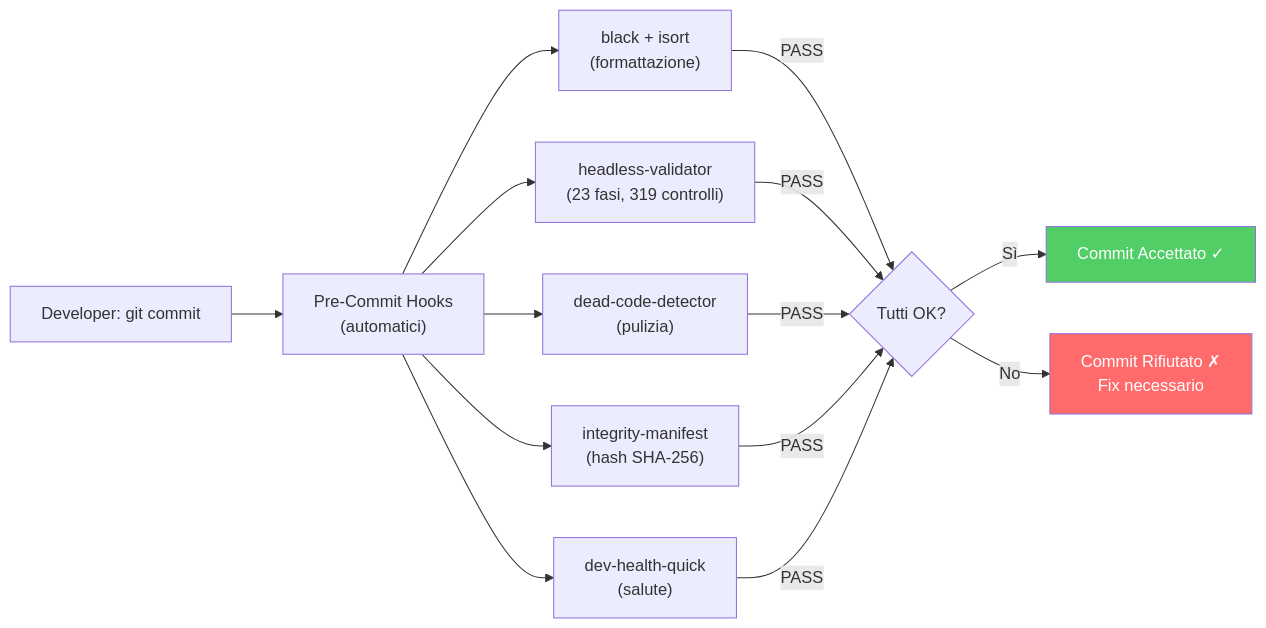
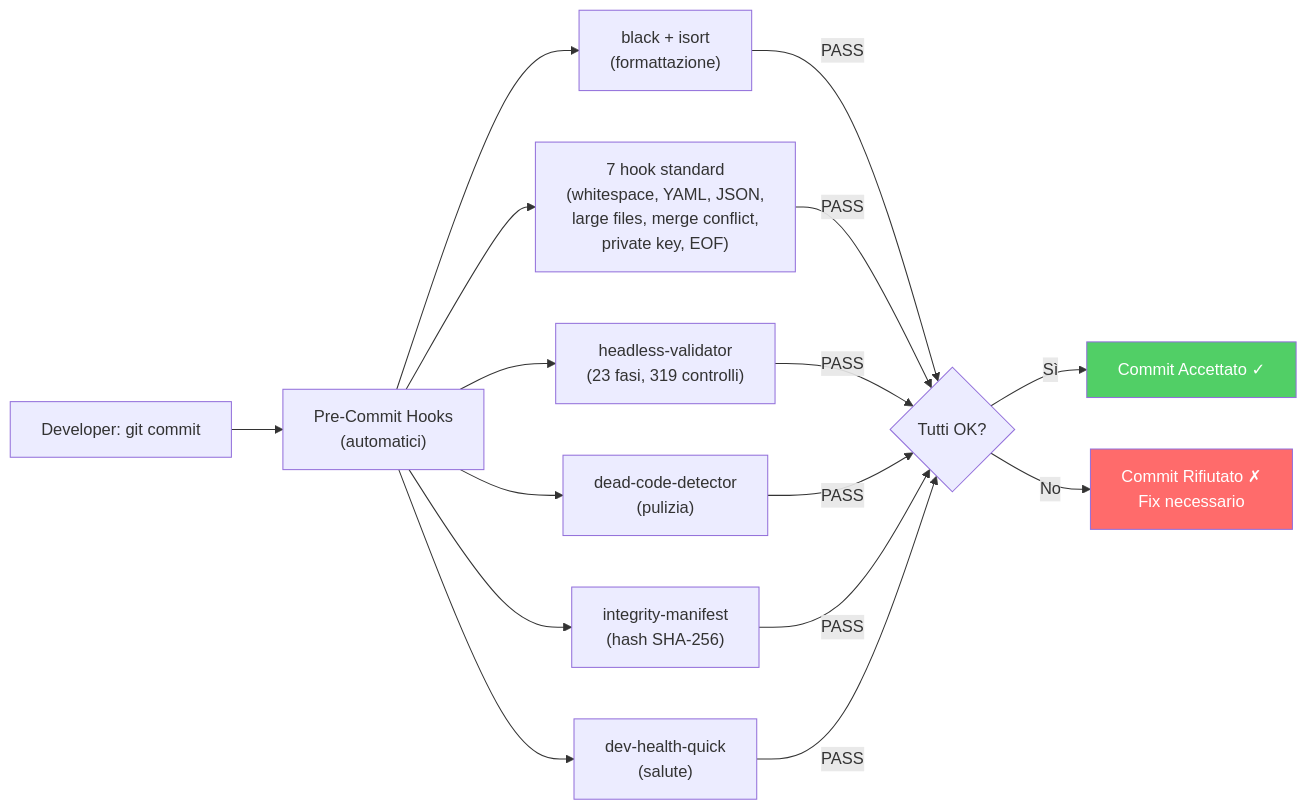
One commit to renanaugustomacena-ux/Counter-Strike-coach-AI changed diagram 46 of 55 in docs/books/Book-Coach-3.md. Above: the diagram before and after it, drawn with Mermaid. The commit also changed other lines of this file, not shown here.

````diff
--- a/docs/books/Book-Coach-3.md
+++ b/docs/books/Book-Coach-3.md
@@ -2464,19 +2484,21 @@
 ```mermaid
 flowchart LR
     DEV["Developer: git commit"]
     DEV --> HOOKS["Pre-Commit Hooks<br/>(automatici)"]
     HOOKS --> BF["black + isort<br/>(formattazione)"]
+    HOOKS --> STD["7 hook standard<br/>(whitespace, YAML, JSON,<br/>large files, merge conflict,<br/>private key, EOF)"]
     HOOKS --> VALID["headless-validator<br/>(23 fasi, 319 controlli)"]
     HOOKS --> DEAD["dead-code-detector<br/>(pulizia)"]
     HOOKS --> INTEG["integrity-manifest<br/>(hash SHA-256)"]
     HOOKS --> HEALTH["dev-health-quick<br/>(salute)"]
     BF -->|"PASS"| OK{"Tutti OK?"}
+    STD -->|"PASS"| OK
     VALID -->|"PASS"| OK
     DEAD -->|"PASS"| OK
     INTEG -->|"PASS"| OK
     HEALTH -->|"PASS"| OK
     OK -->|"Sì"| COMMIT["Commit Accettato ✓"]
     OK -->|"No"| REJECT["Commit Rifiutato ✗<br/>Fix necessario"]
     style COMMIT fill:#51cf66,color:#fff
     style REJECT fill:#ff6b6b,color:#fff
 ```
````
